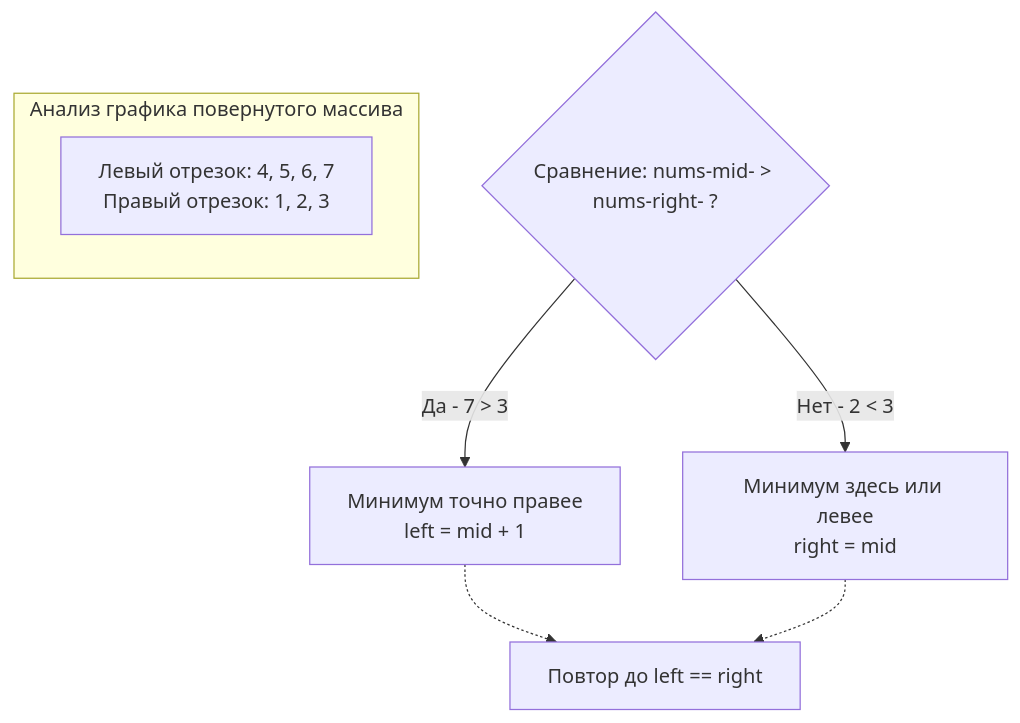
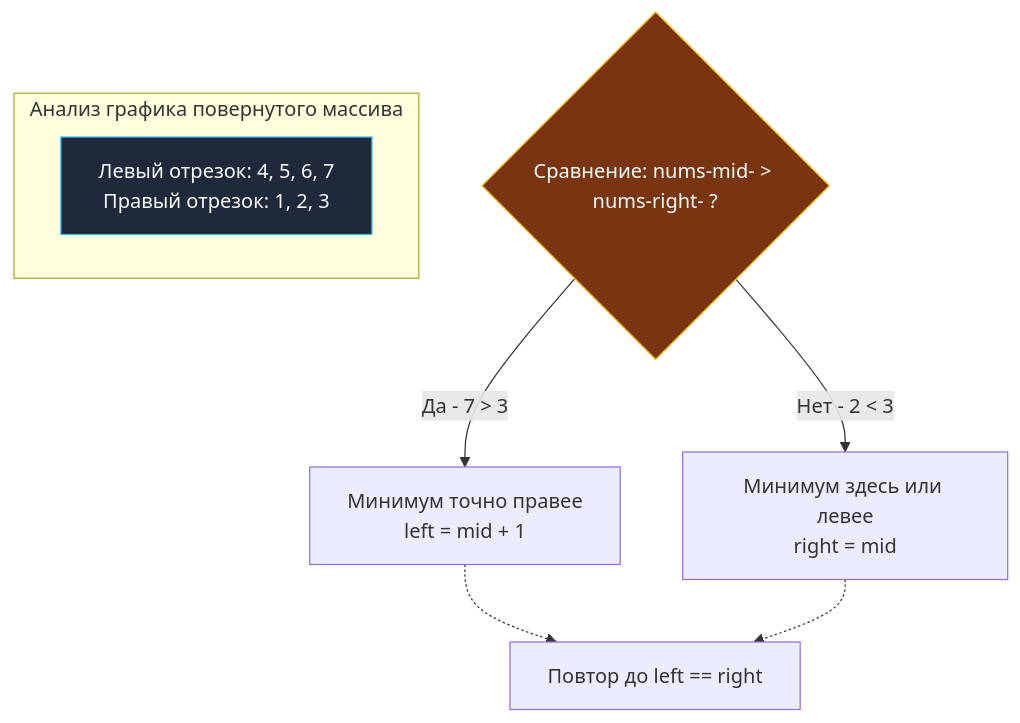
One commit to UnrealTemplier/go-textbook changed the diagram in sources/21. Задачи с LeetCode и собеседований на Go/02. Задачи/09. Бинарный поиск/6. Find Minimum in Rotated Sorted Array.md. Above: the diagram before and after it, drawn with Mermaid. The commit also changed 1666 other files, not shown here.

First line of the commit message:
feat(mermaid): add semantic color classDef to 1369 colorless flowchart/graph diagrams

````diff
--- a/sources/21. Задачи с LeetCode и собеседований на Go/02. Задачи/09. Бинарный поиск/6. Find Minimum in Rotated Sorted Array.md
+++ b/sources/21. Задачи с LeetCode и собеседований на Go/02. Задачи/09. Бинарный поиск/6. Find Minimum in Rotated Sorted Array.md
@@ -23,14 +23,24 @@
 ```mermaid
 flowchart TD
+    classDef process  fill:#1e293b,stroke:#38bdf8,stroke-width:1px,color:#f8fafc
+    classDef success  fill:#064e3b,stroke:#34d399,stroke-width:1px,color:#f8fafc
+    classDef error    fill:#7f1d1d,stroke:#f87171,stroke-width:1px,color:#f8fafc
+    classDef warning  fill:#78350f,stroke:#fbbf24,stroke-width:1px,color:#f8fafc
+    classDef entry    fill:#1e3a5f,stroke:#38bdf8,stroke-width:2px,color:#f8fafc
+    classDef aux      fill:#334155,stroke:#64748b,stroke-width:1px,color:#f8fafc
+    classDef system   fill:#312e81,stroke:#a78bfa,stroke-width:1px,color:#f8fafc
+    classDef data     fill:#132d29,stroke:#2dd4bf,stroke-width:1px,color:#f8fafc
+    classDef network  fill:#881337,stroke:#fb7185,stroke-width:1px,color:#f8fafc
+    classDef accent   fill:#1e1b4b,stroke:#818cf8,stroke-width:1px,color:#f8fafc
     subgraph Анализ графика повернутого массива
-        Graph["Левый отрезок: 4, 5, 6, 7<br>Правый отрезок: 1, 2, 3"]
+        Graph["Левый отрезок: 4, 5, 6, 7<br>Правый отрезок: 1, 2, 3"]:::process
     end
     
-    Check{"Сравнение: nums-mid- > nums-right- ?"}
+    Check{"Сравнение: nums-mid- > nums-right- ?"}:::warning
     
     Check -->|"Да - 7 > 3"| GoRight["Минимум точно правее<br>left = mid + 1"]
     Check -->|"Нет - 2 < 3"| GoLeft["Минимум здесь или левее<br>right = mid"]
     
     GoRight -.-> Loop["Повтор до left == right"]
     GoLeft -.-> Loop
 ```
````
